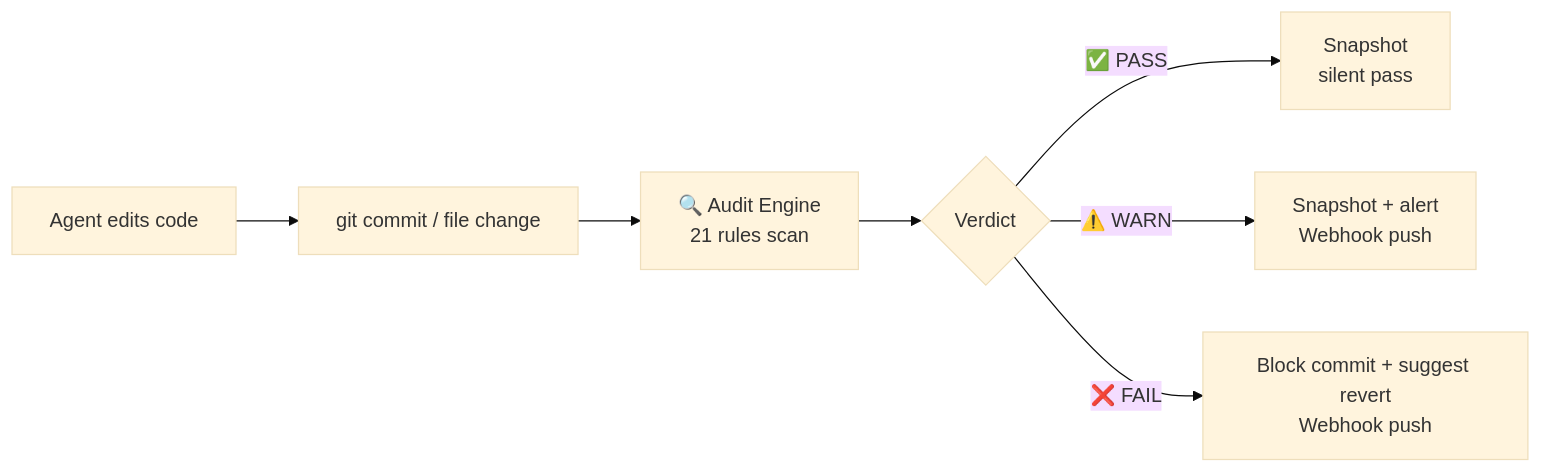
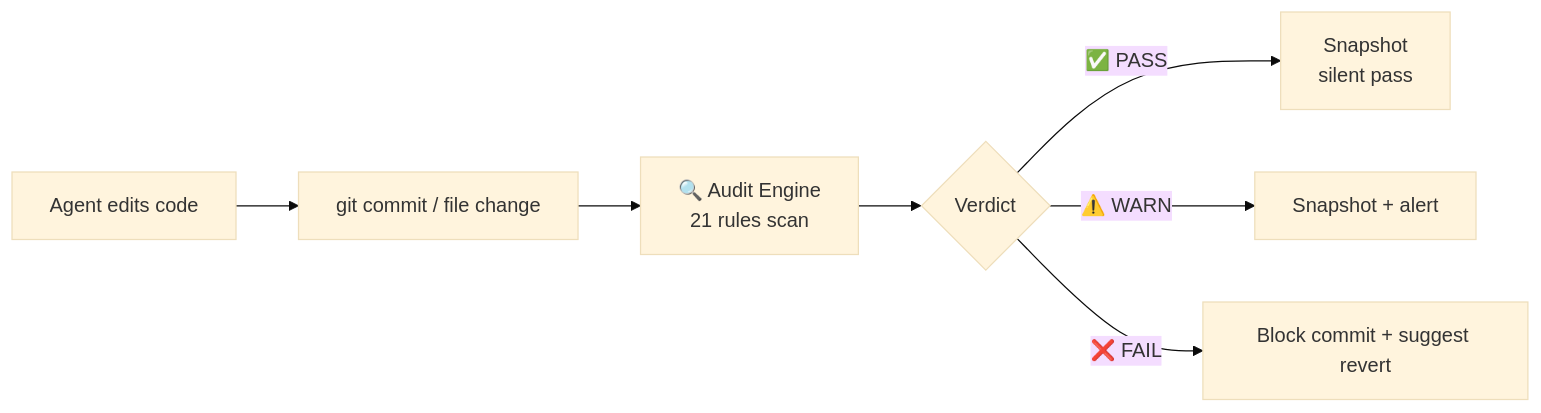
One commit to KongFangXun/sofagent changed the first of 2 diagrams in README.en.md. Above: the diagram before and after it, drawn with Mermaid (base theme). The commit also changed other lines of this file and 1 other file, not shown here.

````diff
--- a/README.en.md
+++ b/README.en.md
@@ -175,9 +145,9 @@
 ```mermaid
 flowchart LR
     A[Agent edits code] --> B[git commit / file change]
     B --> C[🔍 Audit Engine<br/>21 rules scan]
     C --> D{Verdict}
     D -->|✅ PASS| E[Snapshot<br/>silent pass]
-    D -->|⚠️ WARN| F[Snapshot + alert<br/>Webhook push]
-    D -->|❌ FAIL| G[Block commit + suggest revert<br/>Webhook push]
+    D -->|⚠️ WARN| F[Snapshot + alert]
+    D -->|❌ FAIL| G[Block commit + suggest revert]
 ```
````
